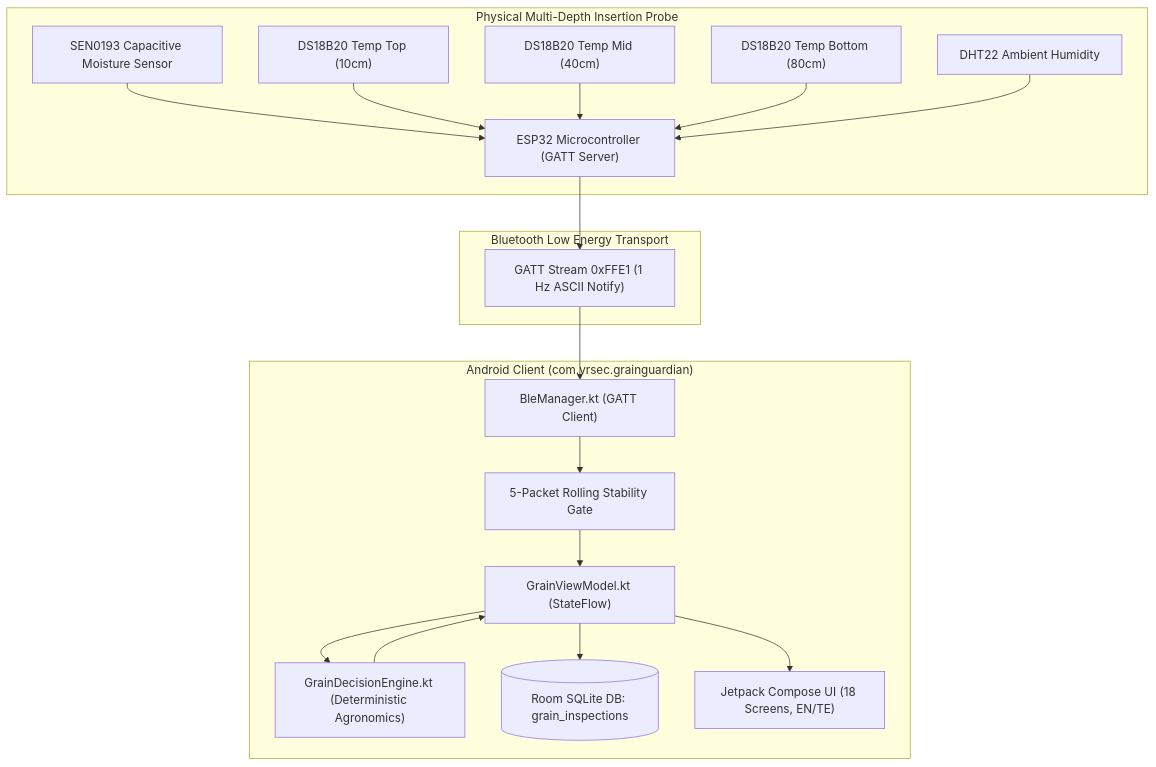
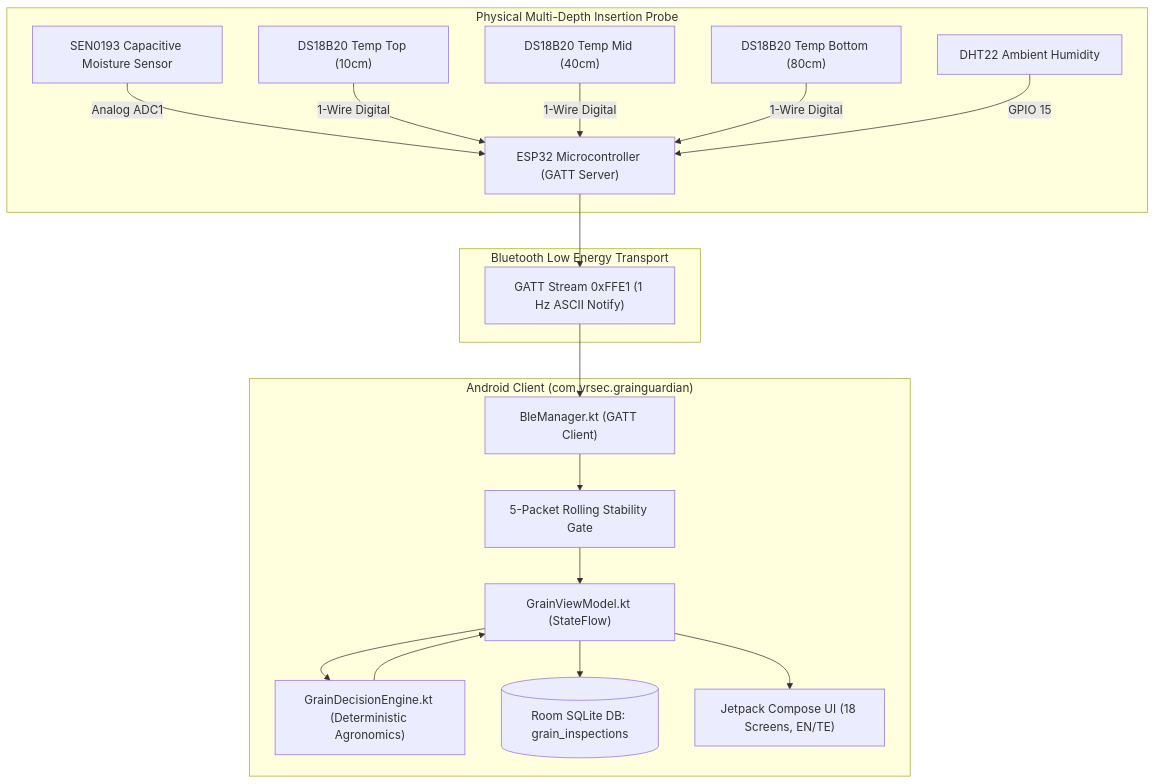
The diagram in README.md (nleelaranga-ai/grain_guardian_app), drawn with Mermaid before and after one commit. The commit also changed other lines of this file, not shown here.

Commit message:
docs: upgrade README to enterprise agritech specs with full hardware firmware and architecture

````diff
--- a/README.md
+++ b/README.md
@@ -37,39 +38,39 @@
 ```mermaid
 graph TD
     subgraph Probe ["Physical Multi-Depth Insertion Probe"]
         M1["SEN0193 Capacitive Moisture Sensor"]
         T1["DS18B20 Temp Top (10cm)"]
         T2["DS18B20 Temp Mid (40cm)"]
         T3["DS18B20 Temp Bottom (80cm)"]
         H1["DHT22 Ambient Humidity"]
         ESP["ESP32 Microcontroller (GATT Server)"]
         
-        M1 --> ESP
-        T1 --> ESP
-        T2 --> ESP
-        T3 --> ESP
-        H1 --> ESP
+        M1 -->|Analog ADC1| ESP
+        T1 -->|1-Wire Digital| ESP
+        T2 -->|1-Wire Digital| ESP
+        T3 -->|1-Wire Digital| ESP
+        H1 -->|GPIO 15| ESP
     end
 
     subgraph BLE ["Bluetooth Low Energy Transport"]
         GATT["GATT Stream 0xFFE1 (1 Hz ASCII Notify)"]
         ESP --> GATT
     end
 
     subgraph AndroidClient ["Android Client (com.vrsec.grainguardian)"]
         BLE_MGR["BleManager.kt (GATT Client)"]
         GATE["5-Packet Rolling Stability Gate"]
         ENGINE["GrainDecisionEngine.kt (Deterministic Agronomics)"]
         VM["GrainViewModel.kt (StateFlow)"]
         ROOM[("Room SQLite DB: grain_inspections")]
         UI["Jetpack Compose UI (18 Screens, EN/TE)"]
 
         GATT --> BLE_MGR
         BLE_MGR --> GATE
         GATE --> VM
         VM --> ENGINE
         ENGINE --> VM
         VM --> ROOM
         VM --> UI
     end
 ```
````
